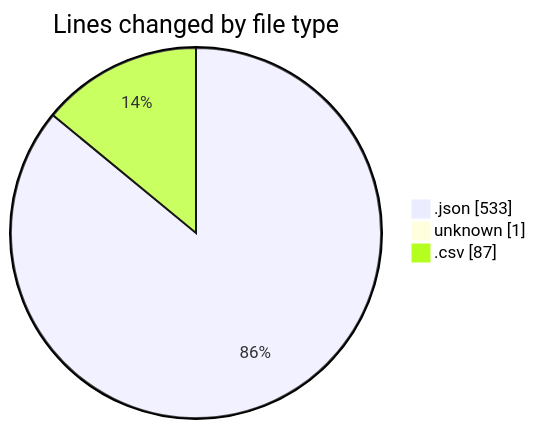
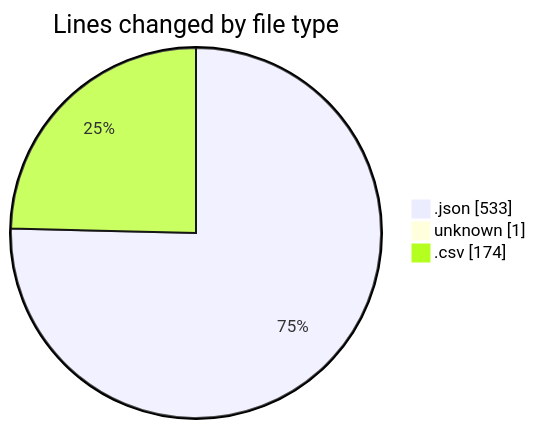
One commit to EIIisD/code-tracking changed the first of 2 diagrams in 2025-07-24/uc/README.md. Above: the diagram before and after it, drawn with Mermaid. The commit also changed other lines of this file and 1 other file, not shown here.

````diff
--- a/2025-07-24/uc/README.md
+++ b/2025-07-24/uc/README.md
@@ -22,7 +23,7 @@
 ```mermaid
 pie showData
 title Lines changed by file type
 ".json" : 533
 "unknown" : 1
-".csv" : 87
+".csv" : 174
 ```
````
